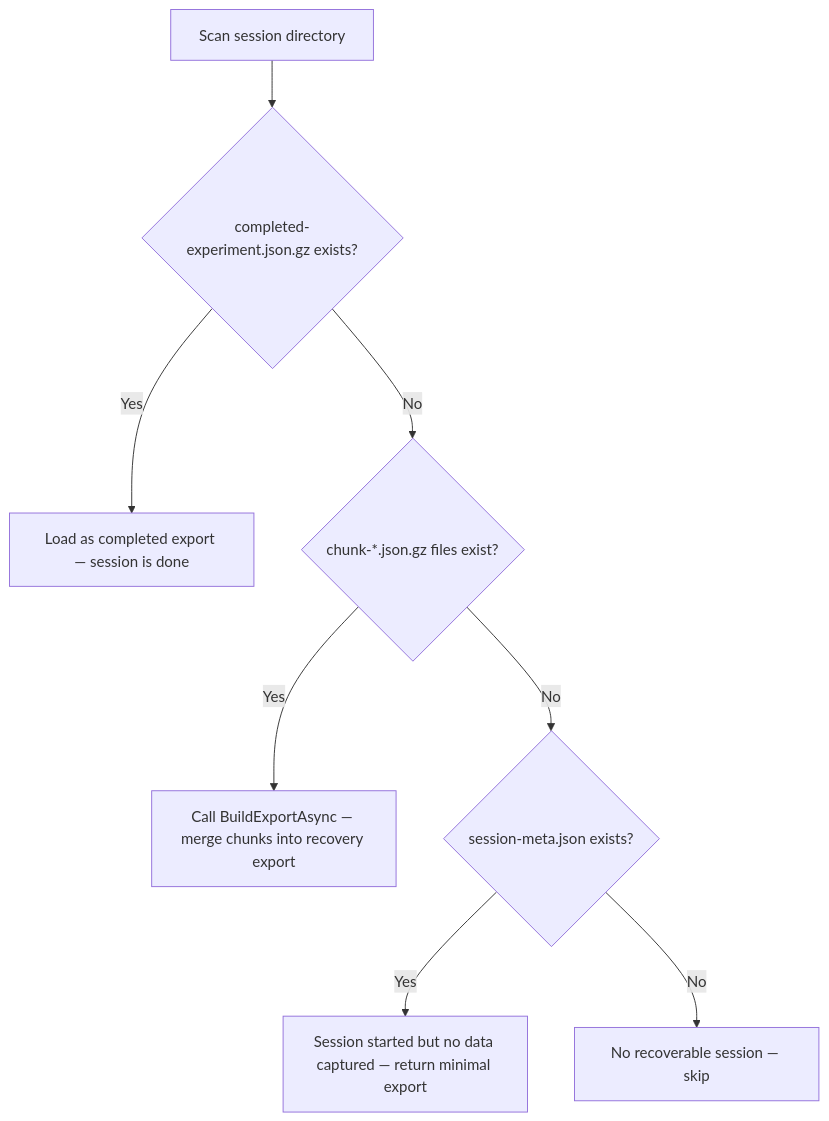
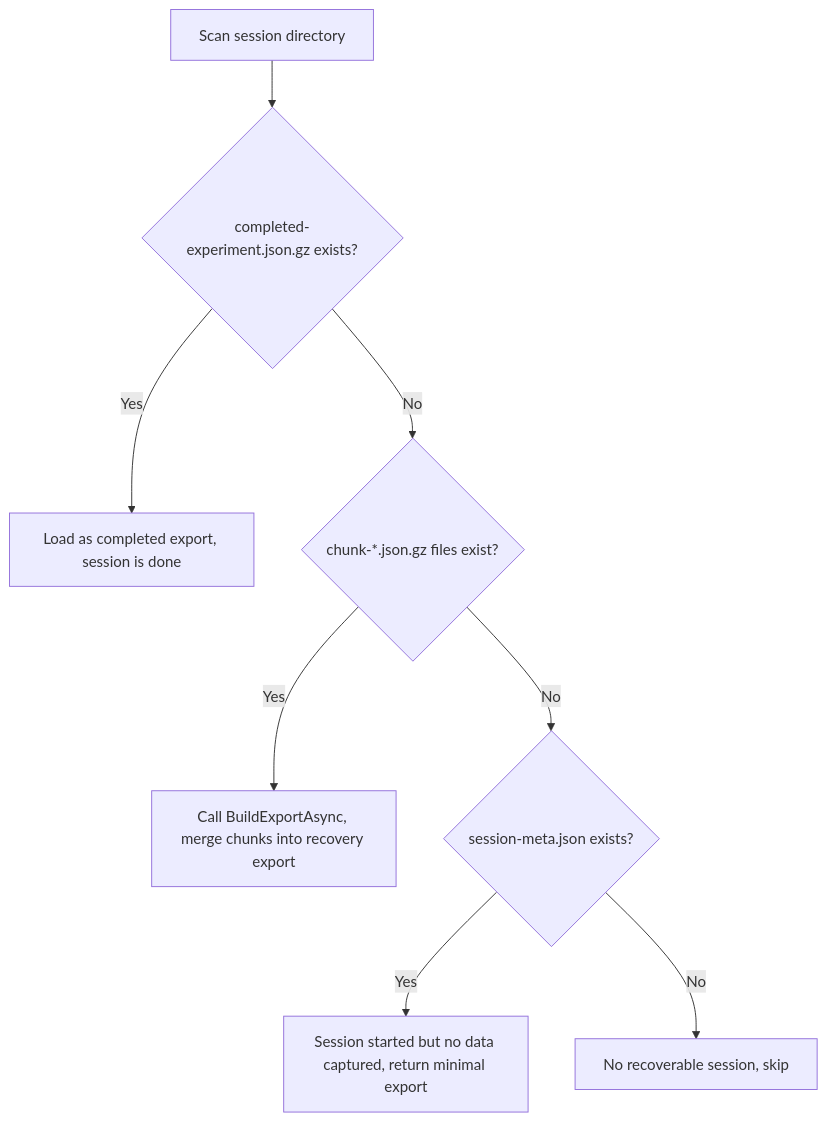
The fifth of 5 diagrams in DocsSite/app/reference/recovery-architecture/page.mdx (MrSachin7/reading-the-reader-monorepo), drawn with Mermaid before and after one commit. The commit also changed other lines of this file and 64 other files, not shown here.

First line of the commit message:
Remove outdated documents related to data export optimization and evaluation plan

````diff
--- a/DocsSite/app/reference/recovery-architecture/page.mdx
+++ b/DocsSite/app/reference/recovery-architecture/page.mdx
@@ -213,10 +213,10 @@
 ```mermaid
 flowchart TD
     A[Scan session directory] --> B{completed-experiment.json.gz exists?}
-    B -->|Yes| C[Load as completed export — session is done]
+    B -->|Yes| C[Load as completed export, session is done]
     B -->|No| D{chunk-*.json.gz files exist?}
-    D -->|Yes| E[Call BuildExportAsync — merge chunks into recovery export]
+    D -->|Yes| E[Call BuildExportAsync, merge chunks into recovery export]
     D -->|No| F{session-meta.json exists?}
-    F -->|Yes| G[Session started but no data captured — return minimal export]
-    F -->|No| H[No recoverable session — skip]
+    F -->|Yes| G[Session started but no data captured, return minimal export]
+    F -->|No| H[No recoverable session, skip]
 ```
````
